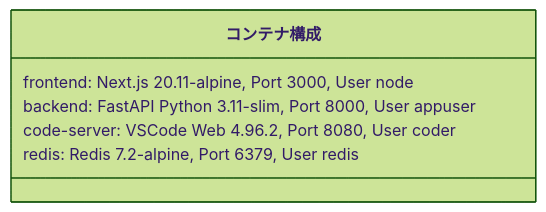
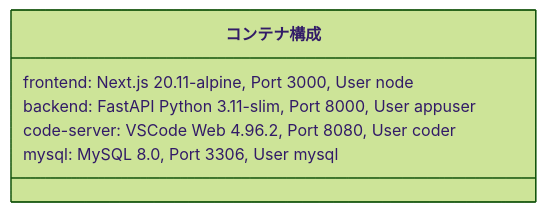
One commit to thirai-classlab/Claude-Code-Cloud changed the second of 9 diagrams in doc/docker-design.md. Above: the diagram before and after it, drawn with Mermaid (forest theme). The commit also changed other lines of this file and 18 other files, not shown here.

````diff
--- a/doc/docker-design.md
+++ b/doc/docker-design.md
@@ -63,9 +114,9 @@
 ```mermaid
 classDiagram
     class コンテナ構成 {
         frontend: Next.js 20.11-alpine, Port 3000, User node
         backend: FastAPI Python 3.11-slim, Port 8000, User appuser
         code-server: VSCode Web 4.96.2, Port 8080, User coder
-        redis: Redis 7.2-alpine, Port 6379, User redis
+        mysql: MySQL 8.0, Port 3306, User mysql
     }
 ```
````
